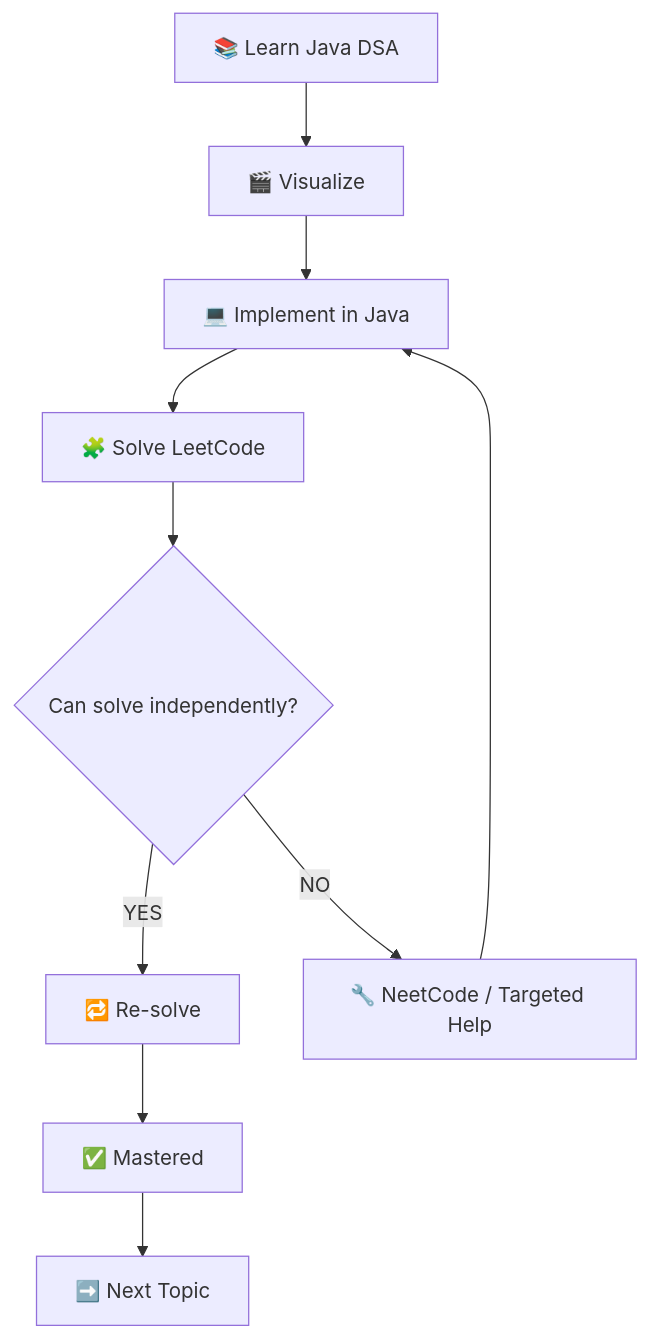
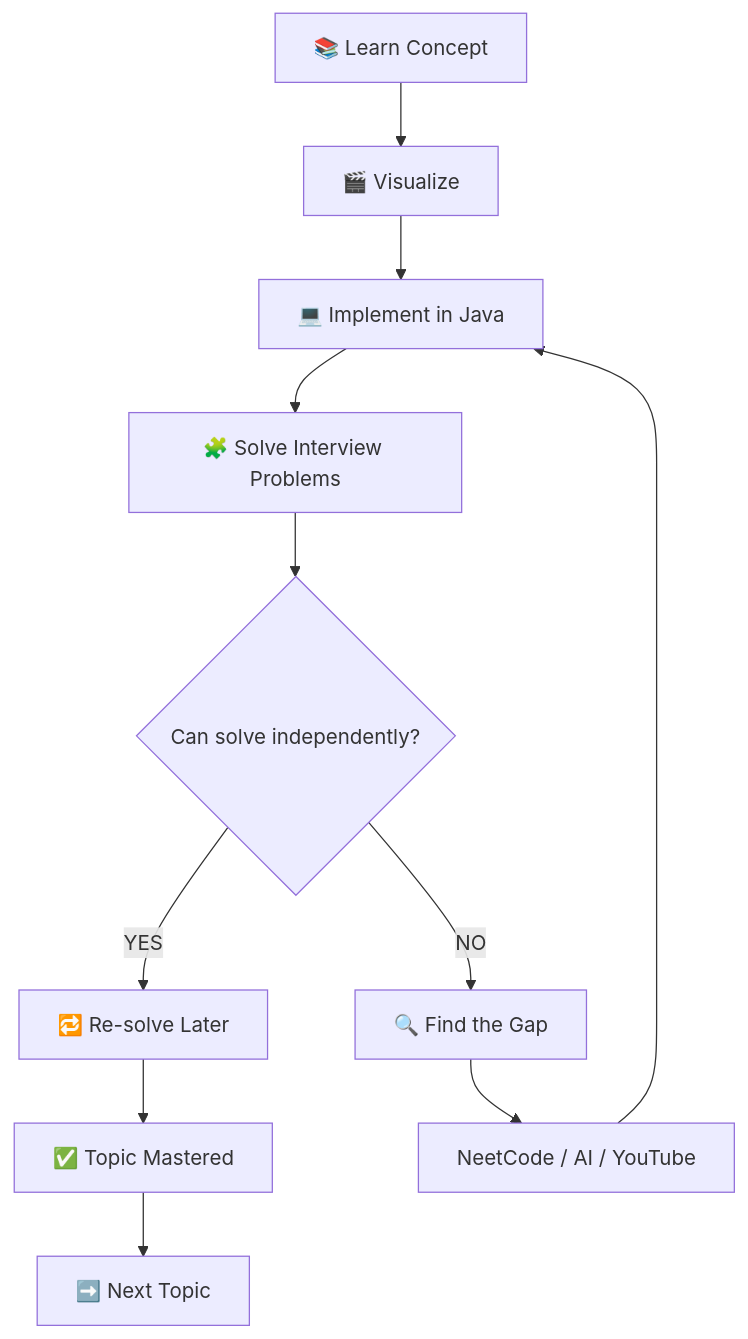
Before and after one commit to pavanganeshbhagathi/product-engineering-preparation: the second of 7 diagrams in README.md, drawn with Mermaid. The commit also changed other lines of this file, not shown here.

First line of the commit message:
docs: refine product engineering roadmap and resources

````diff
--- a/README.md
+++ b/README.md
@@ -40,12 +43,16 @@
 ```mermaid
 flowchart TD
-    A["📚 Learn Java DSA"] --> B["🎬 Visualize"]
+    A["📚 Learn Concept"] --> B["🎬 Visualize"]
     B --> C["💻 Implement in Java"]
-    C --> D["🧩 Solve LeetCode"]
+    C --> D["🧩 Solve Interview Problems"]
     D --> E{"Can solve independently?"}
-    E -->|YES| F["🔁 Re-solve"]
-    E -->|NO| G["🔧 NeetCode / Targeted Help"]
-    G --> C
-    F --> H["✅ Mastered"]
-    H --> I["➡️ Next Topic"]
+
+    E -->|YES| F["🔁 Re-solve Later"]
+    E -->|NO| G["🔍 Find the Gap"]
+
+    G --> H["NeetCode / AI / YouTube"]
+    H --> C
+
+    F --> I["✅ Topic Mastered"]
+    I --> J["➡️ Next Topic"]
 ```
````
